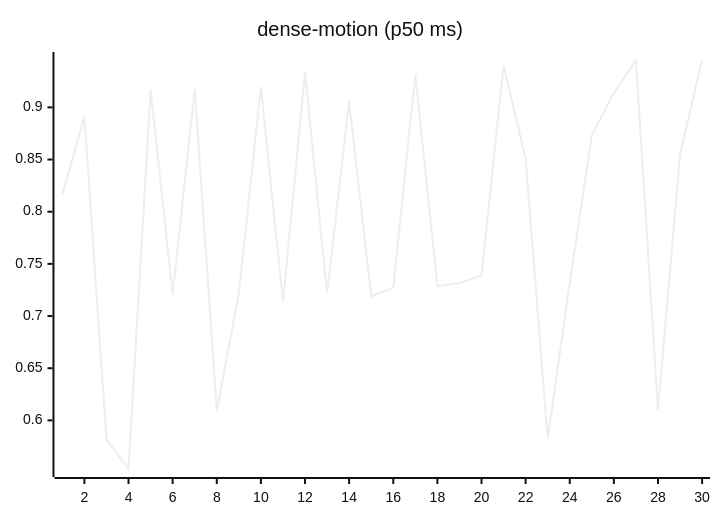
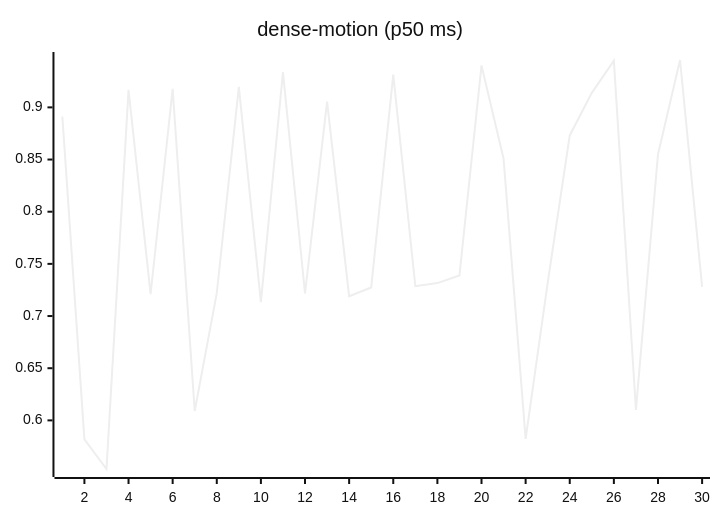
Before and after one commit to josha/Facet: the ninth of 27 diagrams in README.md, drawn with Mermaid (neutral theme). The commit also changed other lines of this file and 2 other files, not shown here.

````diff
--- a/README.md
+++ b/README.md
@@ -119,6 +119,6 @@
 ```mermaid
 xychart-beta
     title "dense-motion (p50 ms)"
     x-axis 1 --> 30
-    line [0.8166, 0.8911, 0.5818, 0.5534, 0.9168, 0.7211, 0.9177, 0.6090, 0.7219, 0.9196, 0.7134, 0.9338, 0.7216, 0.9055, 0.7190, 0.7274, 0.9314, 0.7286, 0.7316, 0.7389, 0.9402, 0.8508, 0.5823, 0.7317, 0.8731, 0.9139, 0.9448, 0.6101, 0.8549, 0.9454]
+    line [0.8911, 0.5818, 0.5534, 0.9168, 0.7211, 0.9177, 0.6090, 0.7219, 0.9196, 0.7134, 0.9338, 0.7216, 0.9055, 0.7190, 0.7274, 0.9314, 0.7286, 0.7316, 0.7389, 0.9402, 0.8508, 0.5823, 0.7317, 0.8731, 0.9139, 0.9448, 0.6101, 0.8549, 0.9454, 0.7280]
 ```
````
